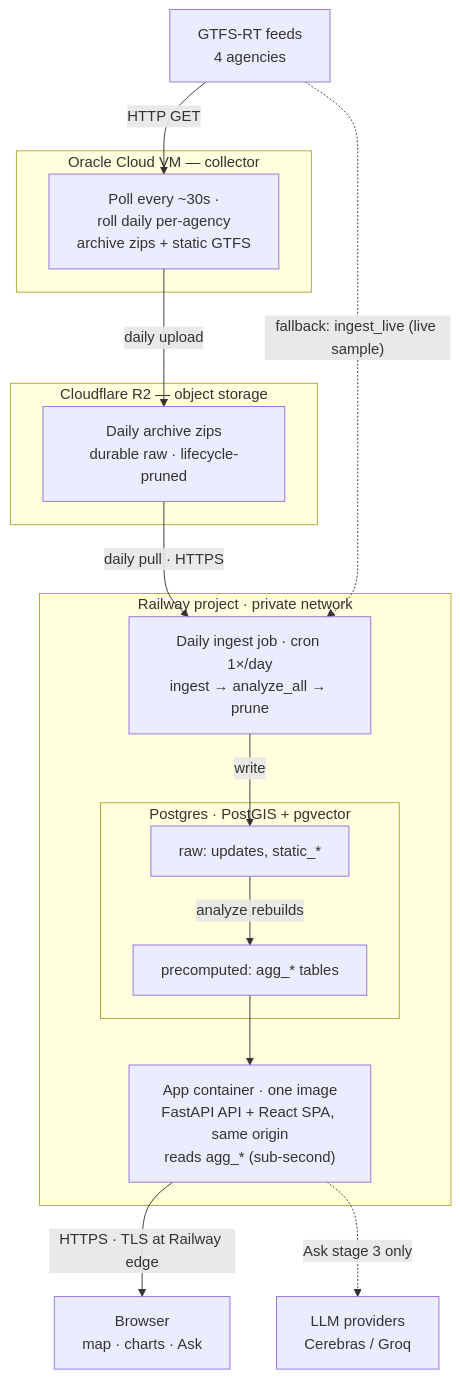
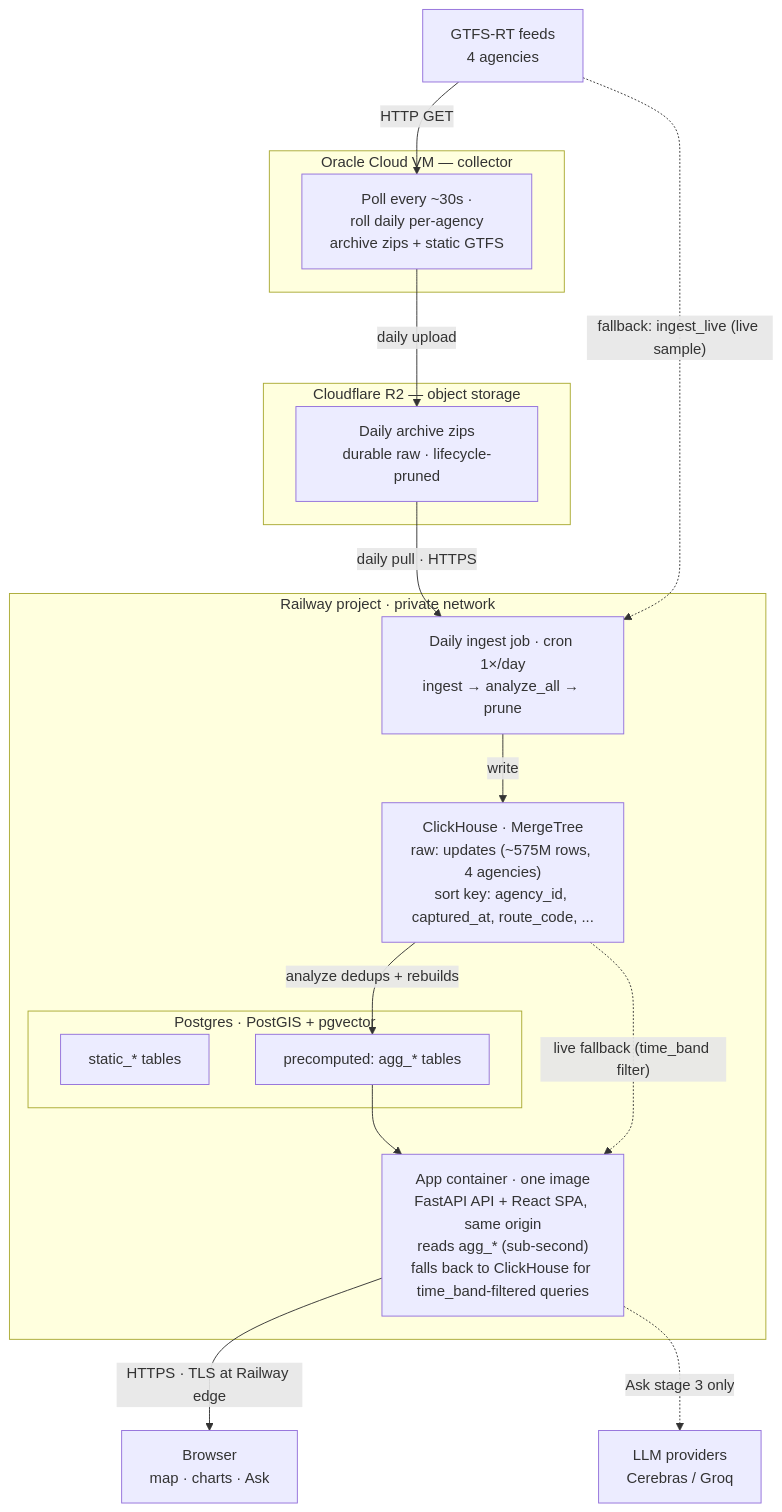
The diagram in README.md (TripAndCode/transit-app), drawn with Mermaid before and after one commit. The commit also changed other lines of this file, not shown here.

First line of the commit message:
docs(readme): document ClickHouse in the architecture diagram and pipeline

````diff
--- a/README.md
+++ b/README.md
@@ -478,34 +488,36 @@
 ```mermaid
 flowchart TD
     feeds["GTFS-RT feeds<br/>4 agencies"]
 
     subgraph ORACLE["Oracle Cloud VM — collector"]
         collect["Poll every ~30s ·<br/>roll daily per-agency<br/>archive zips + static GTFS"]
     end
 
     subgraph R2["Cloudflare R2 — object storage"]
         bucket["Daily archive zips<br/>durable raw · lifecycle-pruned"]
     end
 
     subgraph RAILWAY["Railway project · private network"]
         job["Daily ingest job · cron 1×/day<br/>ingest → analyze_all → prune"]
+        ch["ClickHouse · MergeTree<br/>raw: updates (~575M rows, 4 agencies)<br/>sort key: agency_id, captured_at, route_code, ..."]
         subgraph DB["Postgres · PostGIS + pgvector"]
-            raw["raw: updates, static_*"]
+            static["static_* tables"]
             agg["precomputed: agg_* tables"]
         end
-        app["App container · one image<br/>FastAPI API + React SPA, same origin<br/>reads agg_* (sub-second)"]
+        app["App container · one image<br/>FastAPI API + React SPA, same origin<br/>reads agg_* (sub-second)<br/>falls back to ClickHouse for time_band-filtered queries"]
     end
 
     LLM["LLM providers<br/>Cerebras / Groq"]
     user["Browser<br/>map · charts · Ask"]
 
     feeds -->|HTTP GET| collect
     collect -->|daily upload| bucket
     bucket -->|daily pull · HTTPS| job
     feeds -.->|"fallback: ingest_live (live sample)"| job
-    job -->|write| raw
-    raw -->|analyze rebuilds| agg
+    job -->|write| ch
+    ch -->|analyze dedups + rebuilds| agg
     agg --> app
+    ch -.->|"live fallback (time_band filter)"| app
     app -->|HTTPS · TLS at Railway edge| user
     app -.->|Ask stage 3 only| LLM
 ```
````
